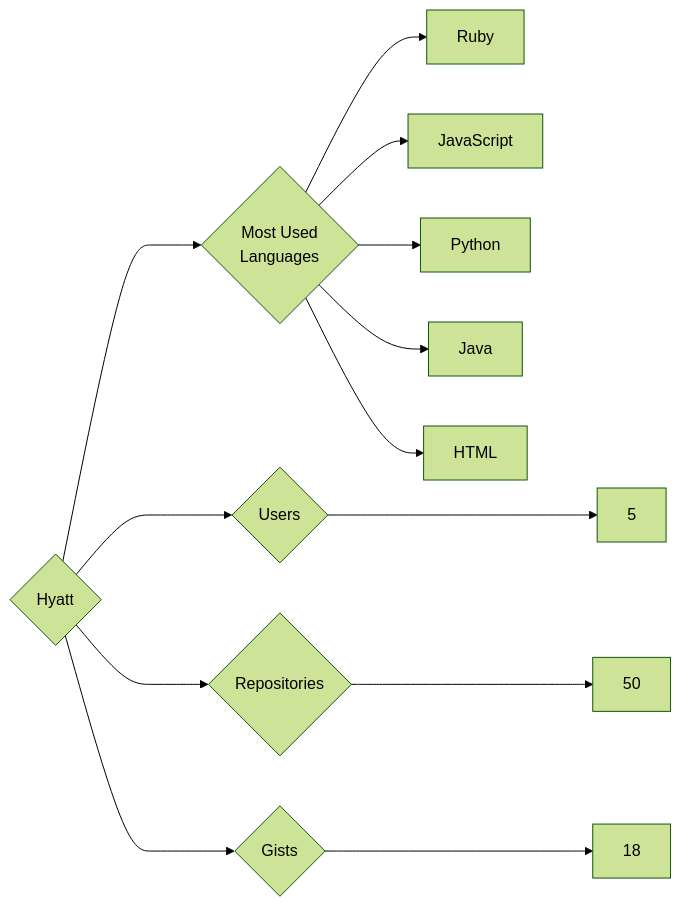
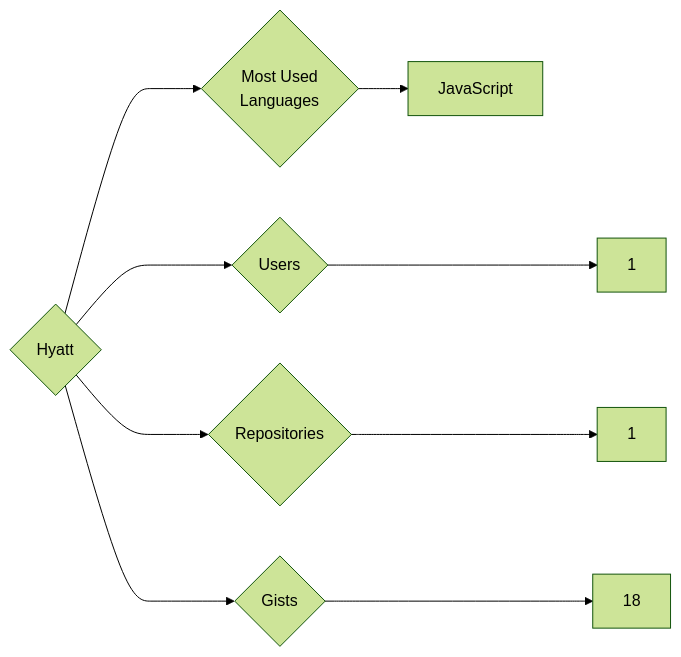
Before and after one commit to trickest/insiders: the diagram in targets/Hyatt/README.md, drawn with Mermaid (forest theme). The commit also changed 776 other files, not shown here.

````diff
--- a/targets/Hyatt/README.md
+++ b/targets/Hyatt/README.md
@@ -3,13 +3,9 @@
 ```mermaid
 graph LR
 COMPANY_NAME{Hyatt}
-COMPANY_NAME ---> U{Users} ---> UN[5]
-COMPANY_NAME ---> R{Repositories} ---> RN[50]
+COMPANY_NAME ---> U{Users} ---> UN[1]
+COMPANY_NAME ---> R{Repositories} ---> RN[1]
 COMPANY_NAME ---> G{Gists} ---> GN[18]
 COMPANY_NAME ---> ML{Most Used<br>Languages}
-ML --> Ruby[Ruby]
 ML --> JavaScript[JavaScript]
-ML --> Python[Python]
-ML --> Java[Java]
-ML --> HTML[HTML]
 ```
````
